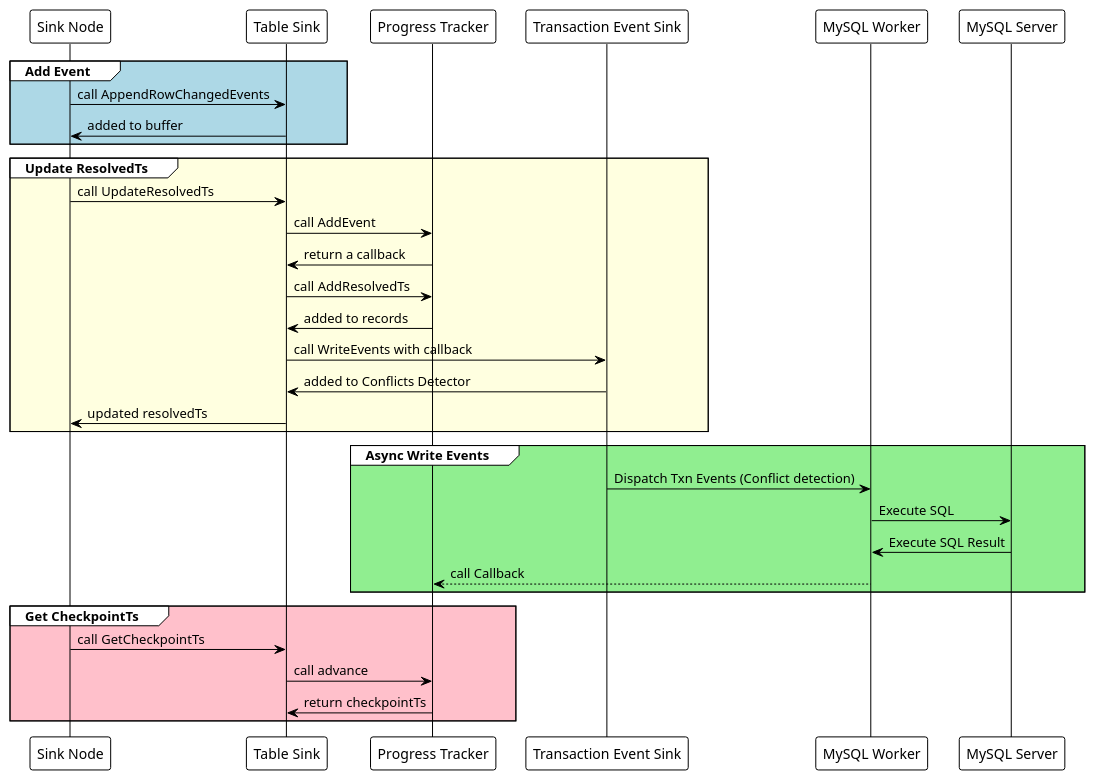
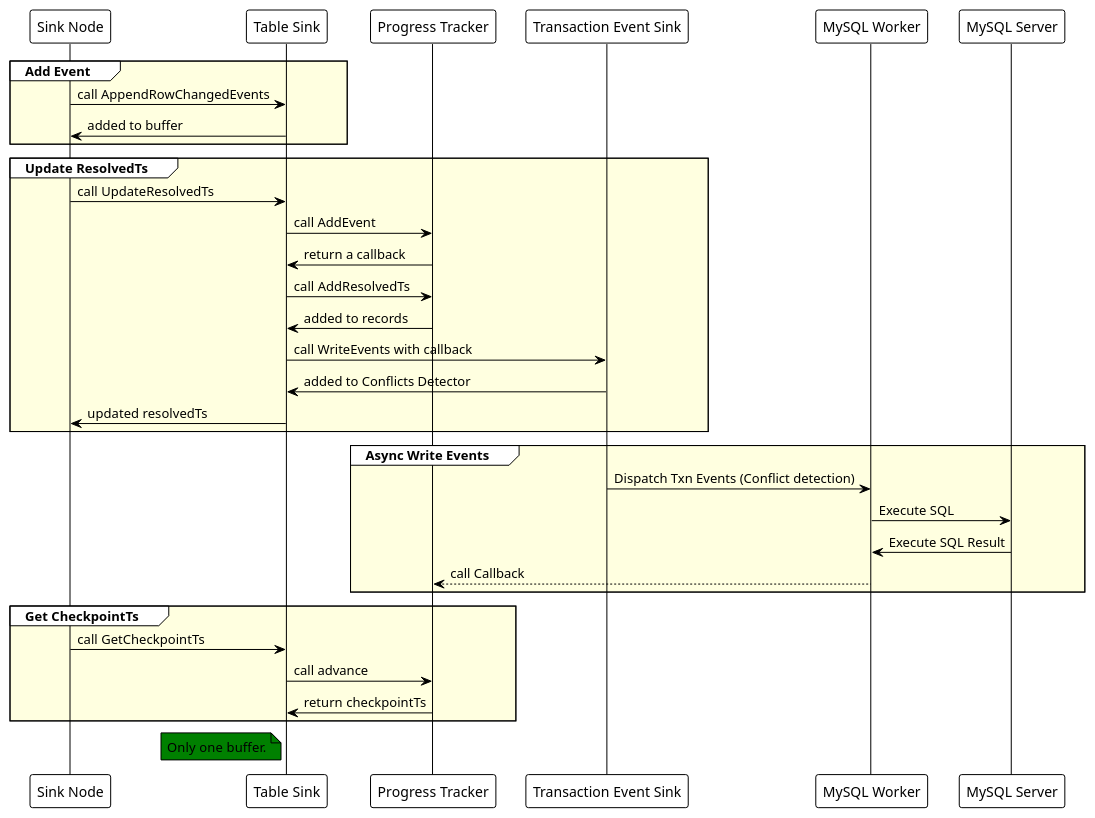
Before and after one commit to 0xPoe/talks: the ninth of 13 diagrams in ticdc-new-sink.slide/slides.md, drawn with PlantUML. The commit also changed other lines of this file, not shown here.

Commit message:
new-sink: add comments

````diff
--- a/ticdc-new-sink.slide/slides.md
+++ b/ticdc-new-sink.slide/slides.md
@@ -964,39 +964,43 @@
 ```plantuml {scale: 0.9}
 @startuml
 !theme plain
 participant SN as "Sink Node"
 participant TS as "Table Sink"
 participant PT as "Progress Tracker"
 participant TXNS as "Transaction Event Sink"
 participant MW as "MySQL Worker"
 participant M as "MySQL Server"
 
-group #lightblue Add Event
+group #lightyellow Add Event
 SN -> TS: call AppendRowChangedEvents
 SN <- TS: added to buffer
 end
 
 group #lightyellow Update ResolvedTs
 SN -> TS: call UpdateResolvedTs
 TS -> PT: call AddEvent
 TS <- PT: return a callback
 TS -> PT: call AddResolvedTs
 TS <- PT: added to records
 TS -> TXNS: call WriteEvents with callback
 TS <- TXNS: added to Conflicts Detector
 SN <- TS: updated resolvedTs
 end
-group #lightgreen Async Write Events
+group #lightyellow Async Write Events
 TXNS -> MW: Dispatch Txn Events (Conflict detection)
 MW -> M: Execute SQL
 M -> MW: Execute SQL Result
 MW --> PT: call Callback
 end
 
-group #pink Get CheckpointTs
+group #lightyellow Get CheckpointTs
 SN -> TS: call GetCheckpointTs
 TS -> PT: call advance
 TS <- PT: return checkpointTs
 end
+
+note left TS #green
+  Only one buffer.
+end note
 @enduml
 ```
````
